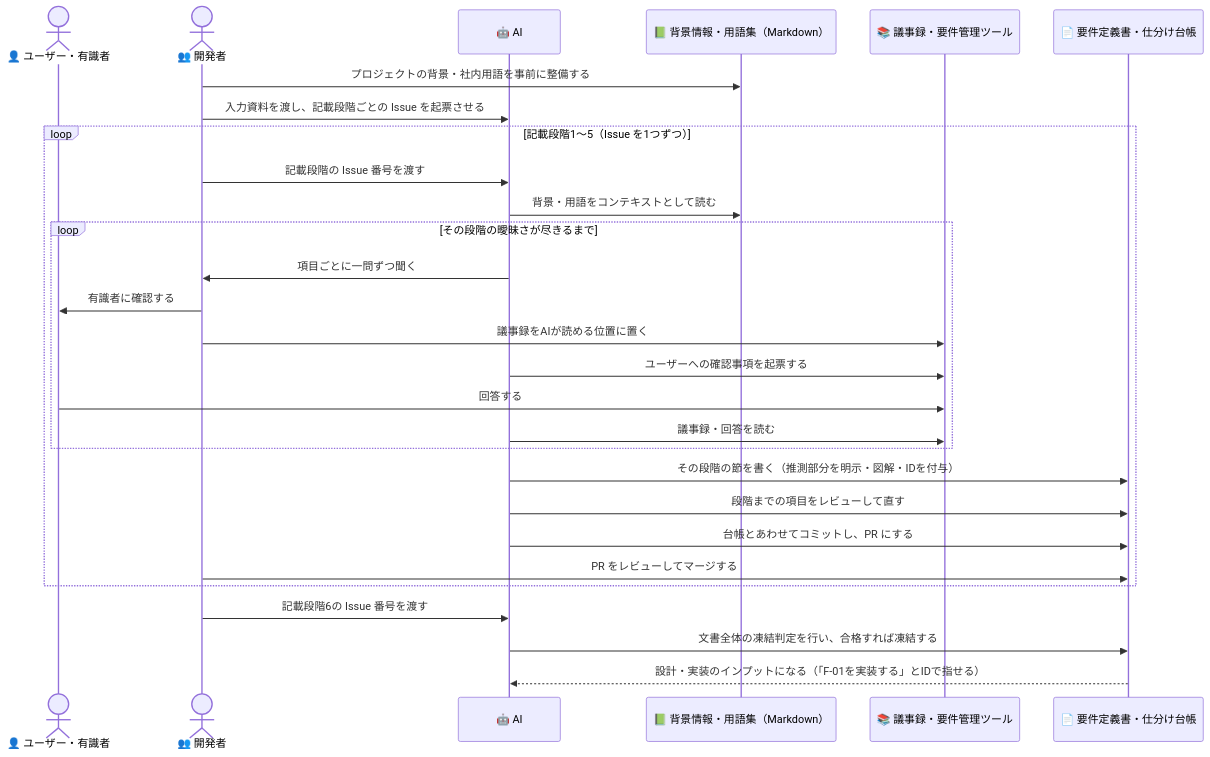
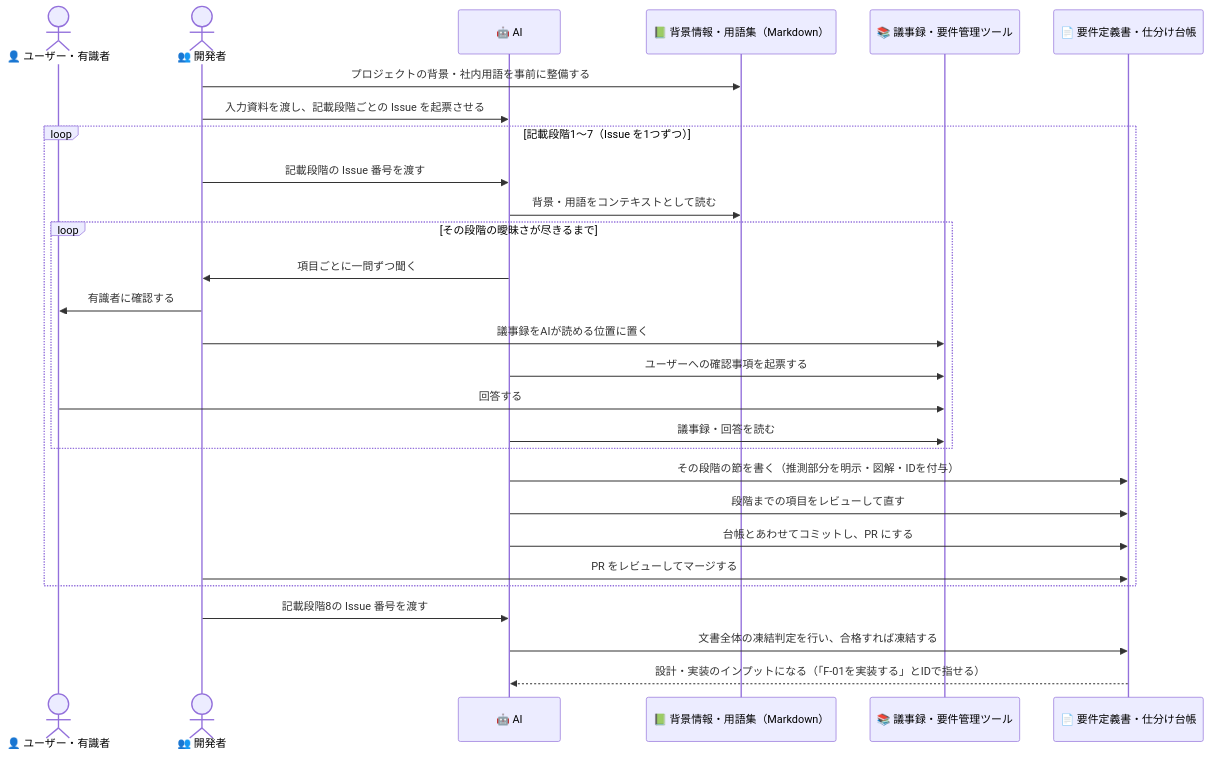
Before and after one commit to kasiopeiya/claude-dev-template: the third of 3 diagrams in docs/guide/ai-requirement-guide.md, drawn with Mermaid. The commit also changed 4 other files, not shown here.

````diff
--- a/docs/guide/ai-requirement-guide.md
+++ b/docs/guide/ai-requirement-guide.md
@@ -142,33 +142,33 @@
 ```mermaid
 sequenceDiagram
     actor U as 👤 ユーザー・有識者
     actor D as 👥 開発者
     participant AI as 🤖 AI
     participant B as 📗 背景情報・用語集（Markdown）
     participant K as 📚 議事録・要件管理ツール
     participant R as 📄 要件定義書・仕分け台帳
 
     D->>B: プロジェクトの背景・社内用語を事前に整備する
     D->>AI: 入力資料を渡し、記載段階ごとの Issue を起票させる
 
-    loop 記載段階1〜5（Issue を1つずつ）
+    loop 記載段階1〜7（Issue を1つずつ）
         D->>AI: 記載段階の Issue 番号を渡す
         AI->>B: 背景・用語をコンテキストとして読む
         loop その段階の曖昧さが尽きるまで
             AI->>D: 項目ごとに一問ずつ聞く
             D->>U: 有識者に確認する
             D->>K: 議事録をAIが読める位置に置く
             AI->>K: ユーザーへの確認事項を起票する
             U->>K: 回答する
             AI->>K: 議事録・回答を読む
         end
         AI->>R: その段階の節を書く（推測部分を明示・図解・IDを付与）
         AI->>R: 段階までの項目をレビューして直す
         AI->>R: 台帳とあわせてコミットし、PR にする
         D->>R: PR をレビューしてマージする
     end
 
-    D->>AI: 記載段階6の Issue 番号を渡す
+    D->>AI: 記載段階8の Issue 番号を渡す
     AI->>R: 文書全体の凍結判定を行い、合格すれば凍結する
     R-->>AI: 設計・実装のインプットになる（「F-01を実装する」とIDで指せる）
 ```
````
